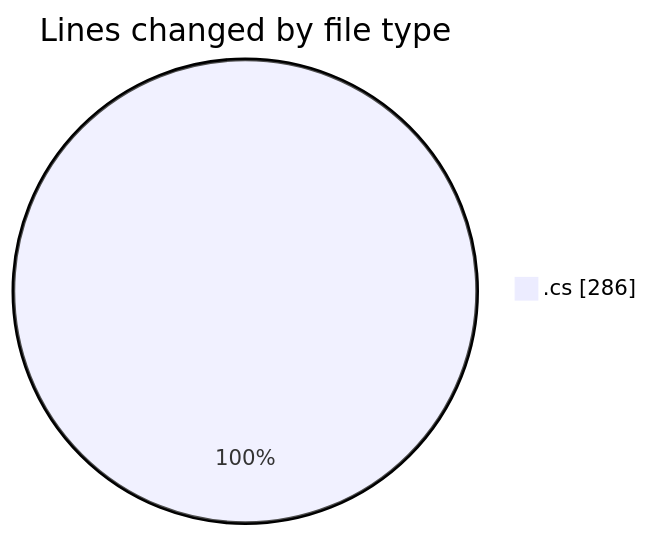
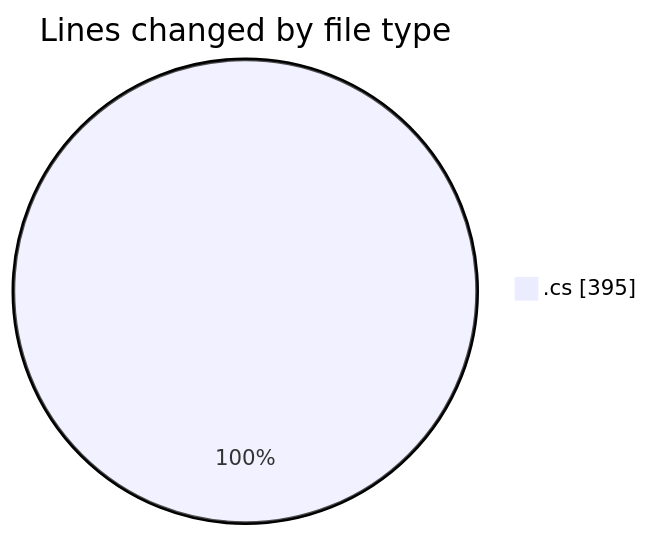
Before and after one commit to Netris89/code-tracking: the first of 2 diagrams in 2025-03-24/back-end/README.md, drawn with Mermaid. The commit also changed other lines of this file and 1 other file, not shown here.

````diff
--- a/2025-03-24/back-end/README.md
+++ b/2025-03-24/back-end/README.md
@@ -21,5 +22,5 @@
 ```mermaid
 pie showData
 title Lines changed by file type
-".cs" : 286
+".cs" : 395
 ```
````
